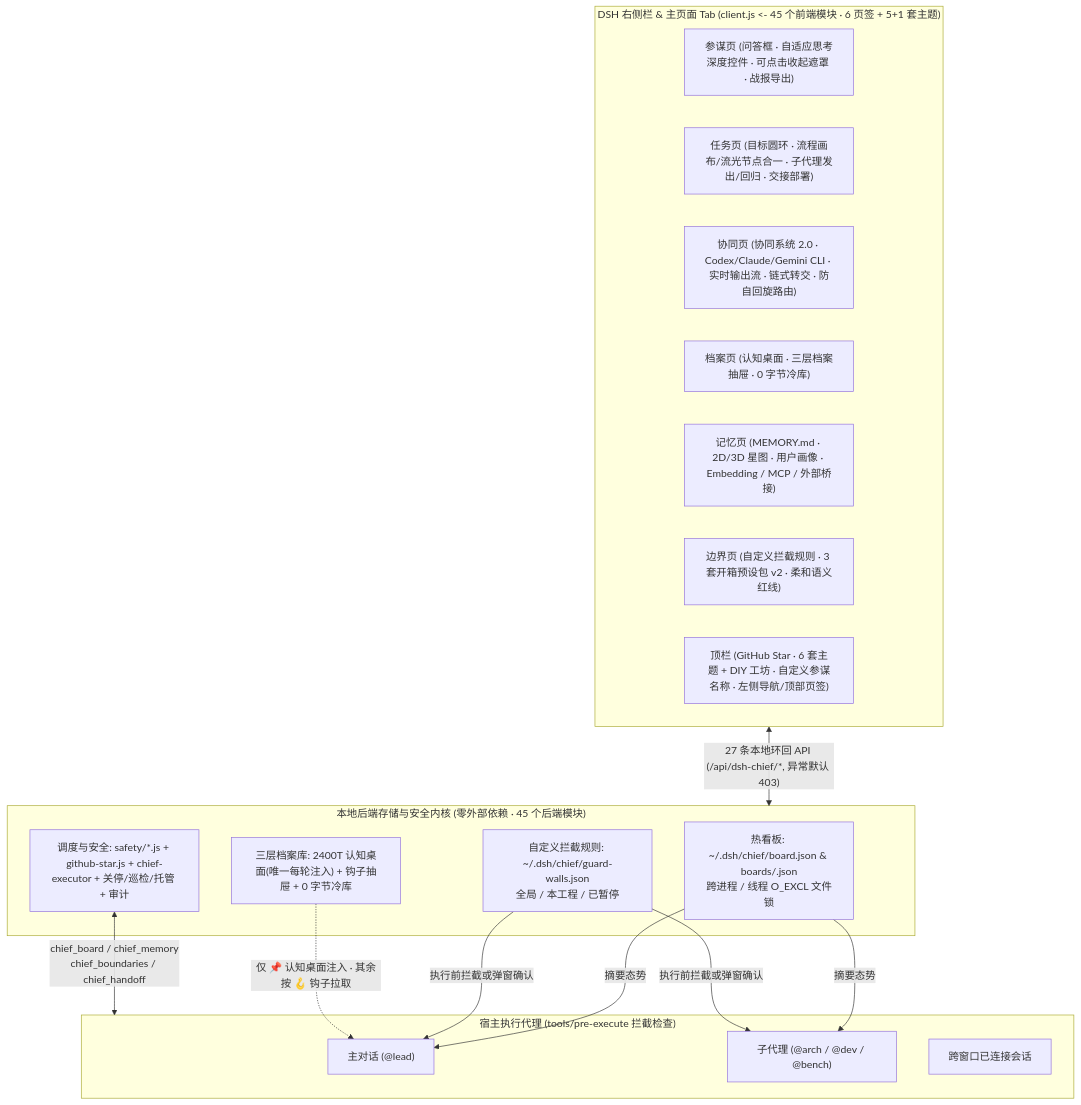
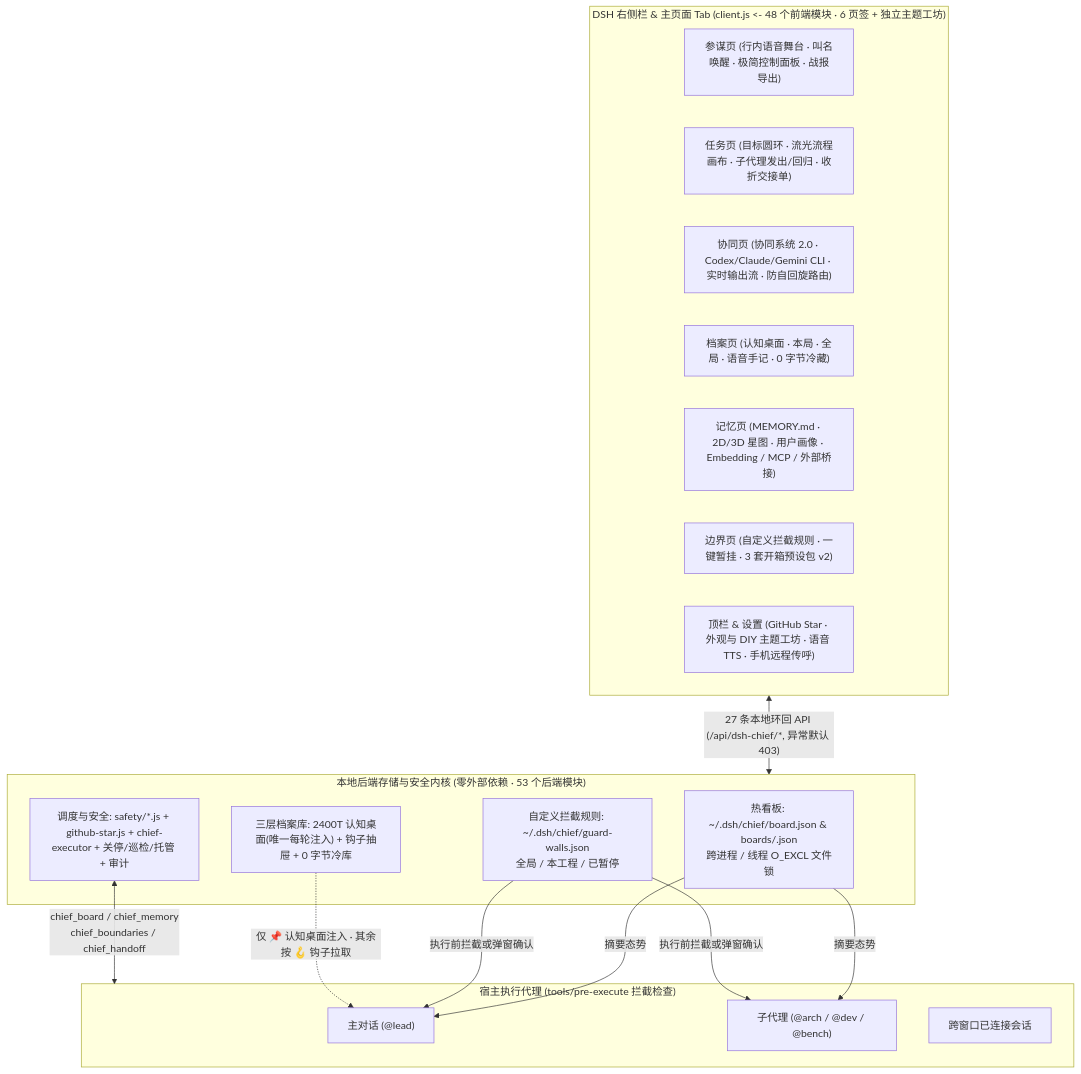
The third of 3 diagrams in data/readmes/gluztm__dsh-chief.md (zqf20096327/ai_collect), drawn with Mermaid before and after one commit. The commit also changed other lines of this file and 1801 other files, not shown here.

````diff
--- a/data/readmes/gluztm__dsh-chief.md
+++ b/data/readmes/gluztm__dsh-chief.md
@@ -375,33 +417,33 @@
 ```mermaid
 flowchart TB
-  subgraph UI["DSH 右侧栏 & 主页面 Tab (client.js <- 45 个前端模块 · 6 页签 + 5+1 套主题)"]
-    T1["参谋页 (问答框 · 自适应思考深度控件 · 可点击收起遮罩 · 战报导出)"]
-    T2["任务页 (目标圆环 · 流程画布/流光节点合一 · 子代理发出/回归 · 交接部署)"]
-    T3["协同页 (协同系统 2.0 · Codex/Claude/Gemini CLI · 实时输出流 · 链式转交 · 防自回旋路由)"]
-    T5["档案页 (认知桌面 · 三层档案抽屉 · 0 字节冷库)"]
+  subgraph UI["DSH 右侧栏 & 主页面 Tab (client.js <- 48 个前端模块 · 6 页签 + 独立主题工坊)"]
+    T1["参谋页 (行内语音舞台 · 叫名唤醒 · 极简控制面板 · 战报导出)"]
+    T2["任务页 (目标圆环 · 流光流程画布 · 子代理发出/回归 · 收折交接单)"]
+    T3["协同页 (协同系统 2.0 · Codex/Claude/Gemini CLI · 实时输出流 · 防自回旋路由)"]
+    T5["档案页 (认知桌面 · 本局 · 全局 · 语音手记 · 0 字节冷藏)"]
     T6["记忆页 (MEMORY.md · 2D/3D 星图 · 用户画像 · Embedding / MCP / 外部桥接)"]
-    T7["边界页 (自定义拦截规则 · 3 套开箱预设包 v2 · 柔和语义红线)"]
-    T8["顶栏 (GitHub Star · 6 套主题 + DIY 工坊 · 自定义参谋名称 · 左侧导航/顶部页签)"]
+    T7["边界页 (自定义拦截规则 · 一键暂挂 · 3 套开箱预设包 v2)"]
+    T8["顶栏 & 设置 (GitHub Star · 外观与 DIY 主题工坊 · 语音 TTS · 手机远程传呼)"]
   end
 
-  subgraph Core["本地后端存储与安全内核 (零外部依赖 · 45 个后端模块)"]
+  subgraph Core["本地后端存储与安全内核 (零外部依赖 · 53 个后端模块)"]
     Hot["热看板: ~/.dsh/chief/board.json & boards/<sid>.json\n跨进程 / 线程 O_EXCL 文件锁"]
     Walls["自定义拦截规则: ~/.dsh/chief/guard-walls.json\n全局 / 本工程 / 已暂停"]
     Cold["三层档案库: 2400T 认知桌面(唯一每轮注入) + 钩子抽屉 + 0 字节冷库"]
     Bus["调度与安全: safety/*.js + github-star.js + chief-executor + 关停/巡检/托管 + 审计"]
   end
 
   subgraph Agents["宿主执行代理 (tools/pre-execute 拦截检查)"]
     Lead["主对话 (@lead)"]
     Subs["子代理 (@arch / @dev / @bench)"]
     Peers["跨窗口已连接会话"]
   end
 
   UI <-->|"27 条本地环回 API (/api/dsh-chief/*, 异常默认 403)"| Core
   Hot -->|"摘要态势"| Lead
   Hot -->|"摘要态势"| Subs
   Walls -->|"执行前拦截或弹窗确认"| Lead
   Walls -->|"执行前拦截或弹窗确认"| Subs
   Cold -.->|"仅 📌 认知桌面注入 · 其余按 🪝 钩子拉取"| Lead
   Bus <-->|"chief_board / chief_memory\nchief_boundaries / chief_handoff"| Agents
 ```
````
